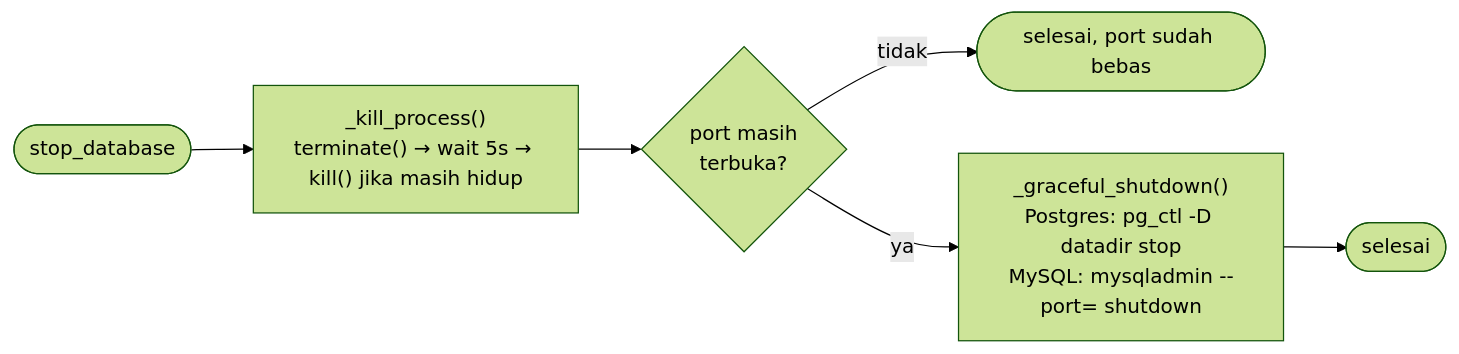
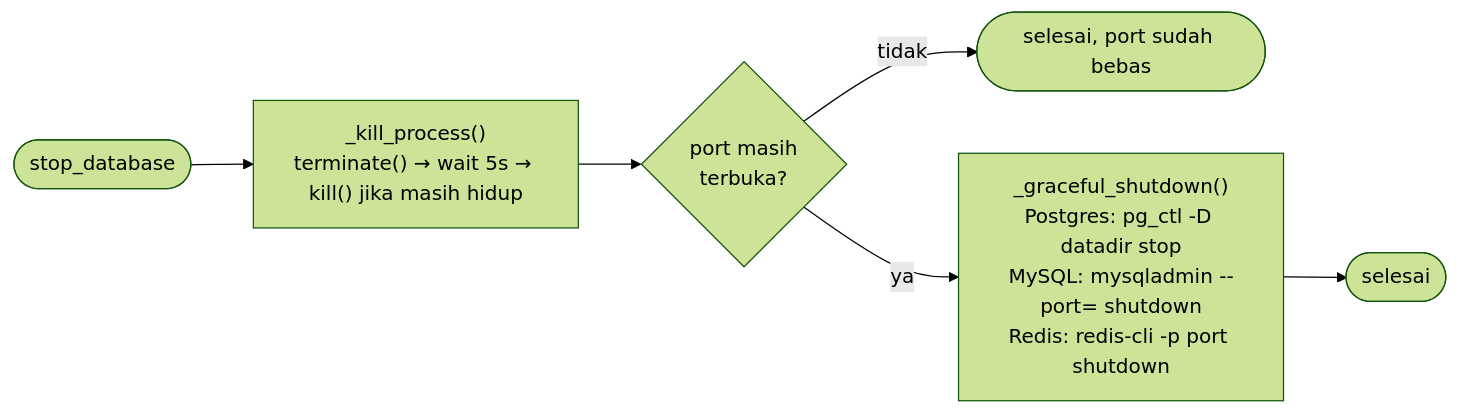
The seventh of 17 diagrams in docs/backend_services.md (authntcG/vyloserve), drawn with Mermaid (forest theme) before and after one commit. The commit also changed other lines of this file and 101 other files, not shown here.

````diff
--- a/docs/backend_services.md
+++ b/docs/backend_services.md
@@ -375,8 +423,8 @@
 ```mermaid
 flowchart LR
     Start([stop_database]) --> Kill["_kill_process()<br/>terminate() → wait 5s → kill() jika masih hidup"]
     Kill --> Check{port masih<br/>terbuka?}
     Check -- tidak --> Done([selesai, port sudah bebas])
-    Check -- ya --> Graceful["_graceful_shutdown()<br/>Postgres: pg_ctl -D datadir stop<br/>MySQL: mysqladmin --port= shutdown"]
+    Check -- ya --> Graceful["_graceful_shutdown()<br/>Postgres: pg_ctl -D datadir stop<br/>MySQL: mysqladmin --port= shutdown<br/>Redis: redis-cli -p port shutdown"]
     Graceful --> Done2([selesai])
 ```
````
